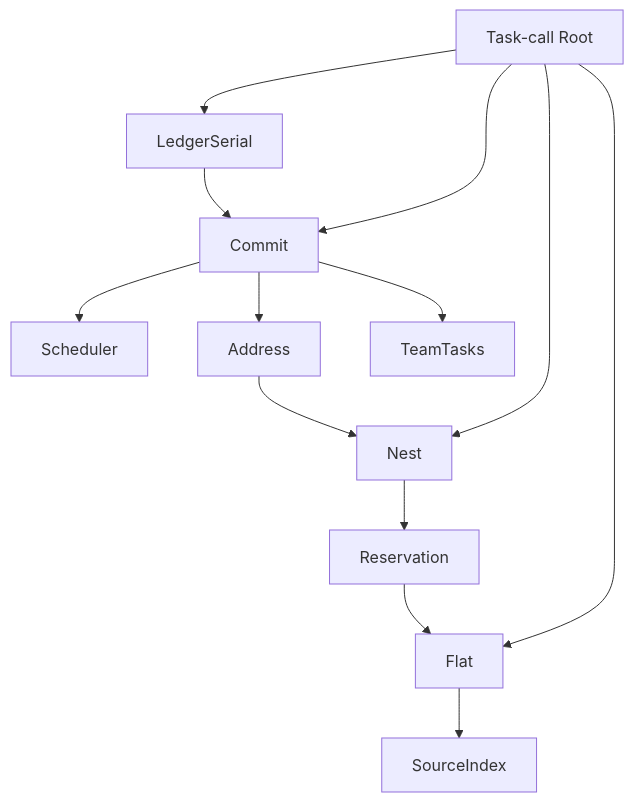
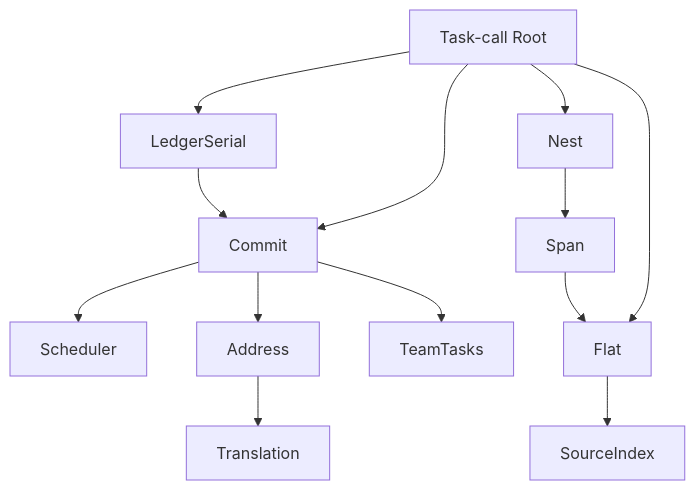
Before and after one commit to shuyra-arche/kernel: the diagram in docs/synchronization/README.md, drawn with Mermaid. The commit also changed other lines of this file and 147 other files, not shown here.

First line of the commit message:
feat(nest): complete Span/Memo/Translation ownership and ReleaseRange

````diff
--- a/docs/synchronization/README.md
+++ b/docs/synchronization/README.md
@@ -53,15 +58,15 @@
 ```mermaid
 flowchart TD
   Root[Task-call Root] --> Ledger[LedgerSerial]
   Root --> Commit
   Root --> Nest
   Root --> Flat
   Ledger --> Commit
   Commit --> Scheduler
   Commit --> Address
-  Address --> Nest
-  Nest --> Reservation
-  Reservation --> Flat
+  Address --> Translation
+  Nest --> Span
+  Span --> Flat
   Commit --> TeamTasks
   Flat --> SourceIndex
 ```
````
